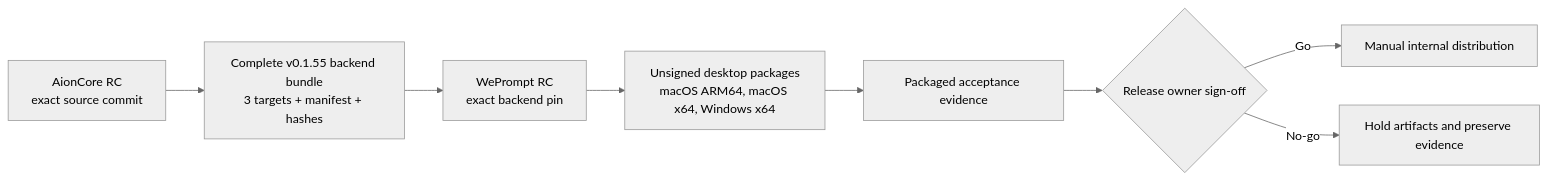
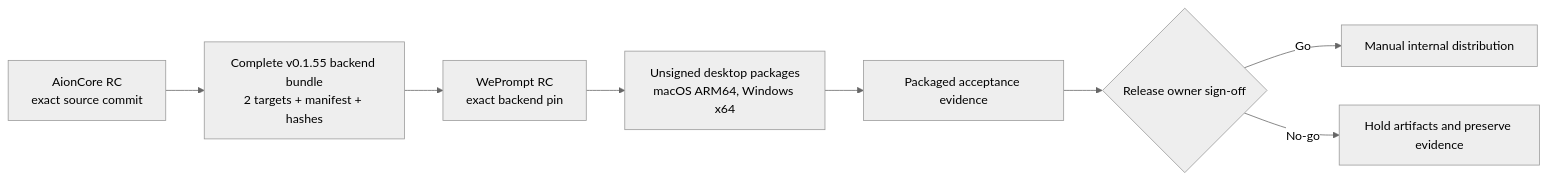
One commit to khoapnt-vng/WePrompt changed the diagram in docs/superpowers/specs/2026-08-15-sprint3-internal-release-readiness-design.md. Above: the diagram before and after it, drawn with Mermaid (neutral theme). The commit also changed other lines of this file, not shown here.

````diff
--- a/docs/superpowers/specs/2026-08-15-sprint3-internal-release-readiness-design.md
+++ b/docs/superpowers/specs/2026-08-15-sprint3-internal-release-readiness-design.md
@@ -52,10 +51,10 @@
 ```mermaid
 flowchart LR
-    A["AionCore RC\nexact source commit"] --> B["Complete v0.1.55 backend bundle\n3 targets + manifest + hashes"]
+    A["AionCore RC\nexact source commit"] --> B["Complete v0.1.55 backend bundle\n2 targets + manifest + hashes"]
     B --> C["WePrompt RC\nexact backend pin"]
-    C --> D["Unsigned desktop packages\nmacOS ARM64, macOS x64, Windows x64"]
+    C --> D["Unsigned desktop packages\nmacOS ARM64, Windows x64"]
     D --> E["Packaged acceptance evidence"]
     E --> F{"Release owner sign-off"}
     F -->|Go| G["Manual internal distribution"]
     F -->|No-go| H["Hold artifacts and preserve evidence"]
 ```
````
